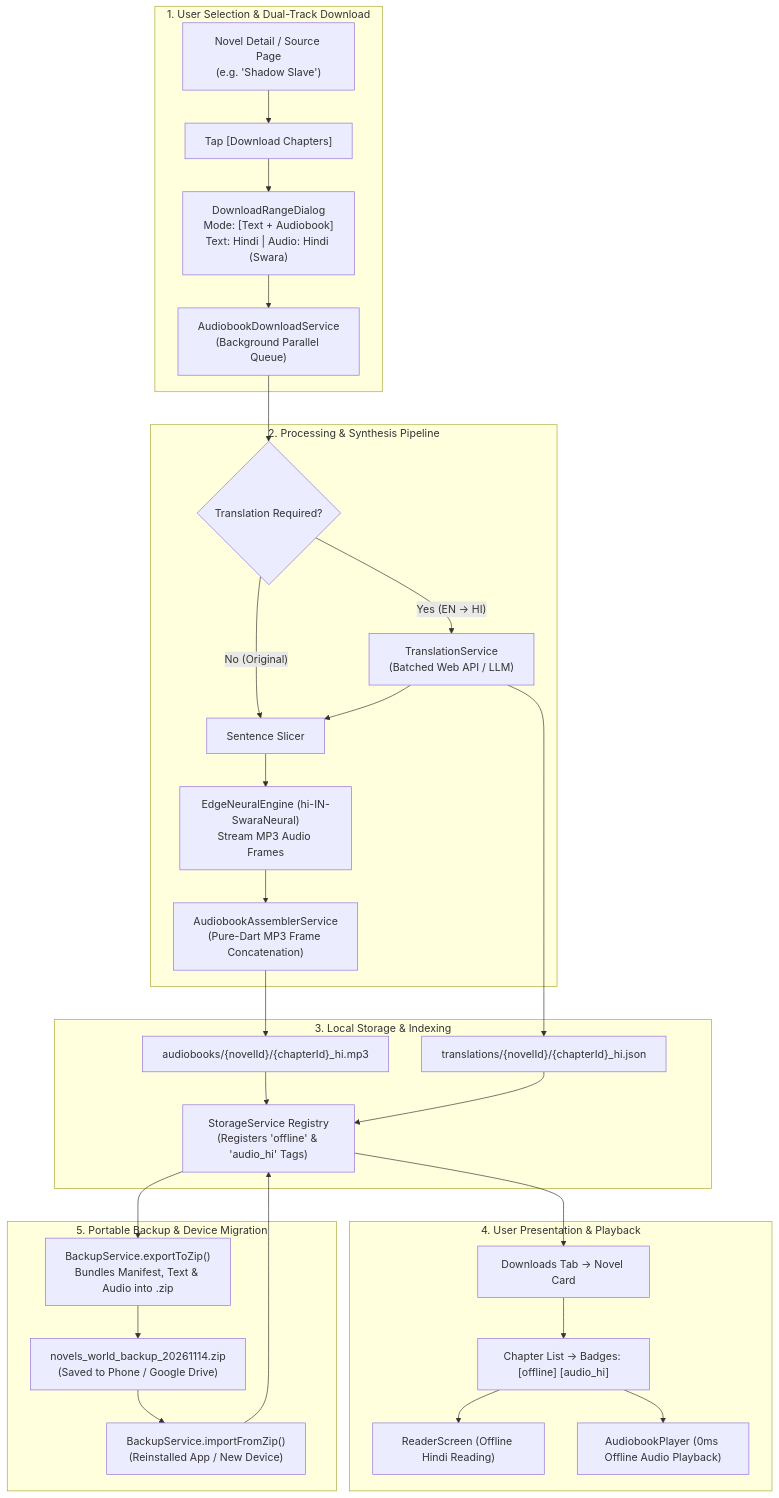
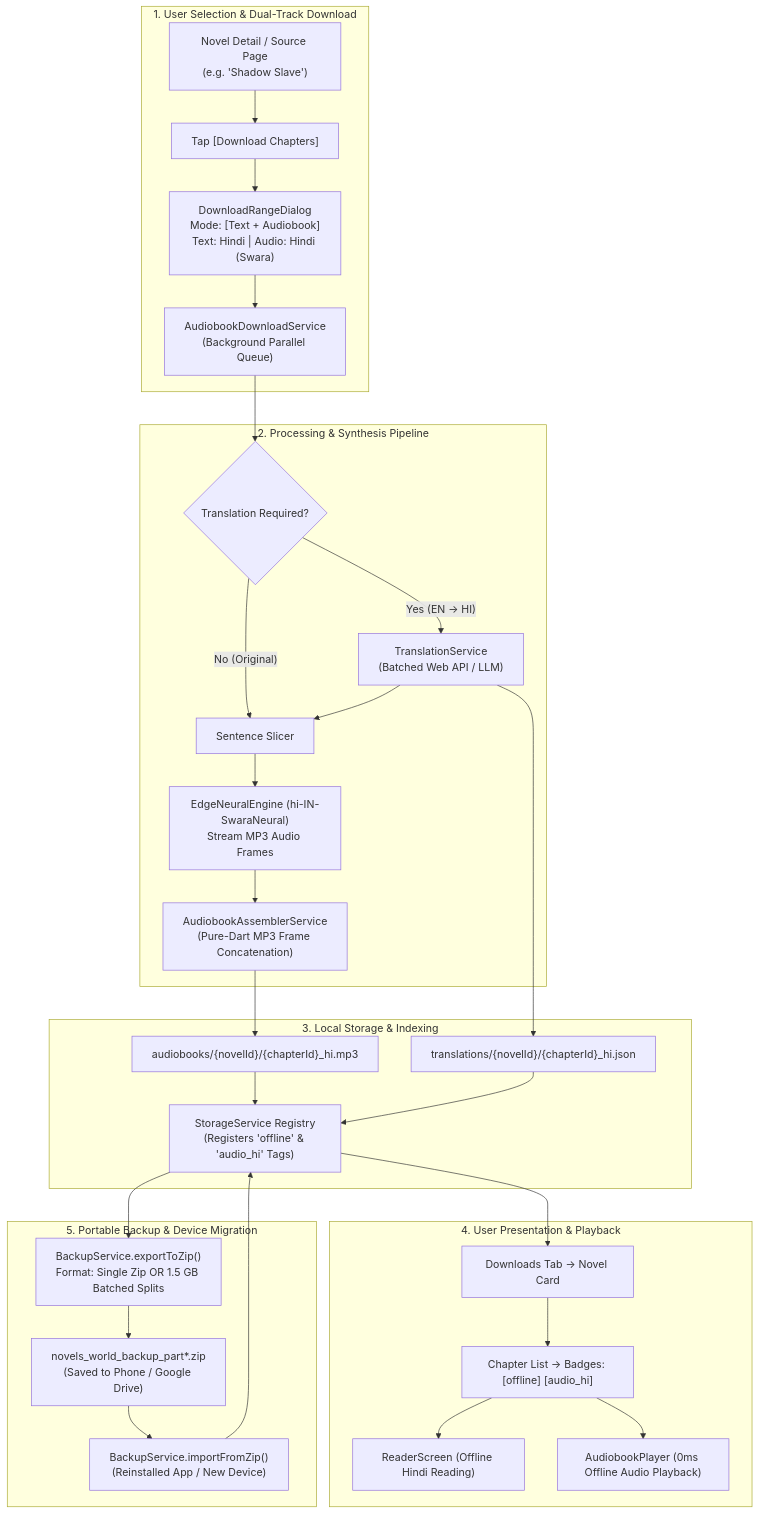
The diagram in plan.md (AdityaPatra-dev/Novels-World), drawn with Mermaid before and after one commit. The commit also changed other lines of this file, not shown here.

````diff
--- a/plan.md
+++ b/plan.md
@@ -30,38 +62,38 @@
 ```mermaid
 flowchart TD
     subgraph S1["1. User Selection & Dual-Track Download"]
         UI_A["Novel Detail / Source Page<br/>(e.g. 'Shadow Slave')"] --> BTN["Tap [Download Chapters]"]
         BTN --> MODAL["DownloadRangeDialog<br/>Mode: [Text + Audiobook]<br/>Text: Hindi | Audio: Hindi (Swara)"]
         MODAL --> QUEUE["AudiobookDownloadService<br/>(Background Parallel Queue)"]
     end
 
     subgraph S2["2. Processing & Synthesis Pipeline"]
         QUEUE --> TRANS{"Translation Required?"}
         TRANS -->|"Yes (EN -> HI)"| TR_SVC["TranslationService<br/>(Batched Web API / LLM)"]
         TRANS -->|"No (Original)"| SLICE["Sentence Slicer"]
         TR_SVC --> SLICE
         SLICE --> TTS["EdgeNeuralEngine (hi-IN-SwaraNeural)<br/>Stream MP3 Audio Frames"]
         TTS --> STITCH["AudiobookAssemblerService<br/>(Pure-Dart MP3 Frame Concatenation)"]
     end
 
     subgraph S3["3. Local Storage & Indexing"]
         STITCH --> FILE_AUDIO["audiobooks/{novelId}/{chapterId}_hi.mp3"]
         TR_SVC --> FILE_TXT["translations/{novelId}/{chapterId}_hi.json"]
         FILE_AUDIO --> REG["StorageService Registry<br/>(Registers 'offline' & 'audio_hi' Tags)"]
         FILE_TXT --> REG
     end
 
     subgraph S4["4. User Presentation & Playback"]
         REG --> TAB["Downloads Tab -> Novel Card"]
         TAB --> LIST["Chapter List -> Badges: [offline] [audio_hi]"]
         LIST --> READ["ReaderScreen (Offline Hindi Reading)"]
         LIST --> PLAY["AudiobookPlayer (0ms Offline Audio Playback)"]
     end
 
     subgraph S5["5. Portable Backup & Device Migration"]
-        REG --> EXP["BackupService.exportToZip()<br/>Bundles Manifest, Text & Audio into .zip"]
-        EXP --> ZIP_FILE["novels_world_backup_20261114.zip<br/>(Saved to Phone / Google Drive)"]
+        REG --> EXP["BackupService.exportToZip()<br/>Format: Single Zip OR 1.5 GB Batched Splits"]
+        EXP --> ZIP_FILE["novels_world_backup_part*.zip<br/>(Saved to Phone / Google Drive)"]
         ZIP_FILE --> IMP["BackupService.importFromZip()<br/>(Reinstalled App / New Device)"]
         IMP --> REG
     end
 ```
````
